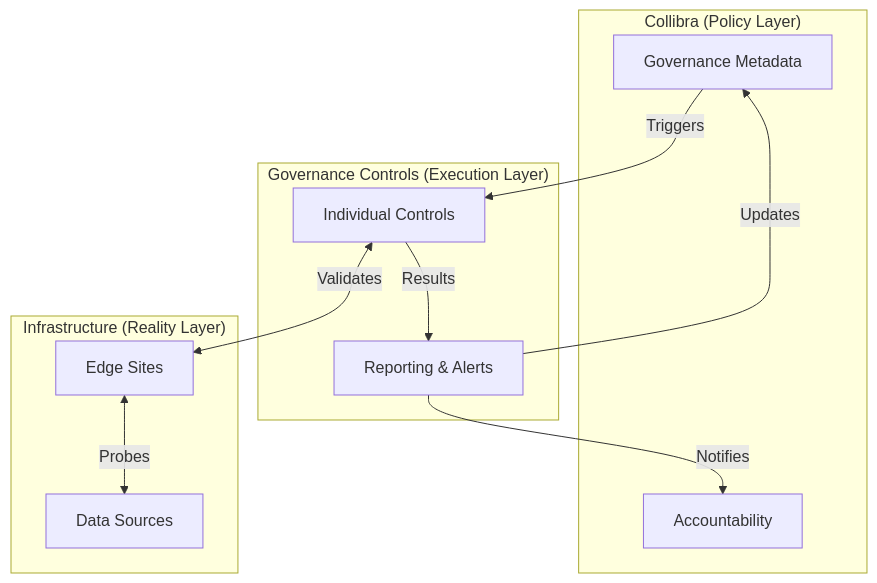
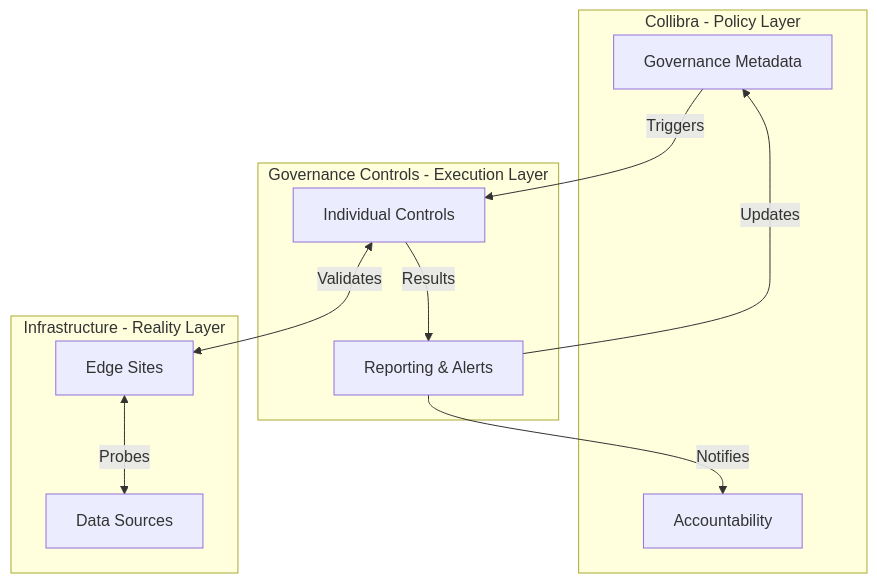
The diagram in Test Connections - Database - Collibra/governance_controls/README.md (arnauudG/Collibra-Repository---Automations), drawn with Mermaid before and after one commit. The commit also changed other lines of this file and 3 other files, not shown here.

First line of the commit message:
fix mermaid diagrams and finalize documentation for production

````diff
--- a/Test Connections - Database - Collibra/governance_controls/README.md
+++ b/Test Connections - Database - Collibra/governance_controls/README.md
@@ -16,24 +26,24 @@
 ```mermaid
 graph TD
-    subgraph "Collibra (Policy Layer)"
+    subgraph Policy["Collibra - Policy Layer"]
         M[Governance Metadata]
         A[Accountability]
     end
 
-    subgraph "Governance Controls (Execution Layer)"
+    subgraph Execution["Governance Controls - Execution Layer"]
         C[Individual Controls]
         R[Reporting & Alerts]
     end
 
-    subgraph "Infrastructure (Reality Layer)"
+    subgraph Reality["Infrastructure - Reality Layer"]
         E[Edge Sites]
         D[Data Sources]
     end
 
     M -->|Triggers| C
     C <-->|Validates| E
     E <-->|Probes| D
     C -->|Results| R
     R -->|Updates| M
     R -->|Notifies| A
 ```
````
